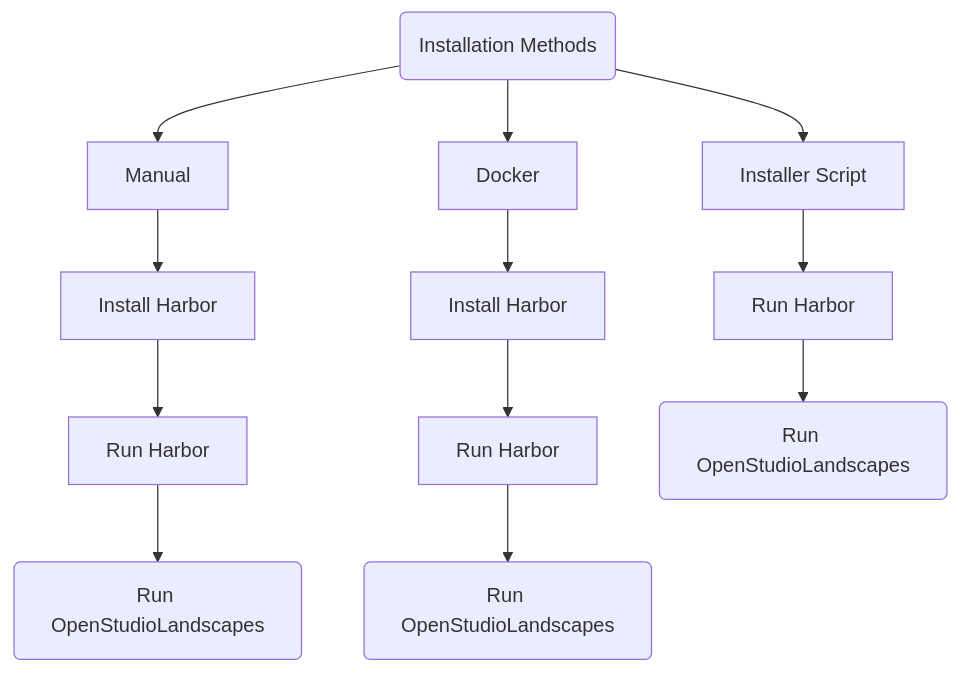
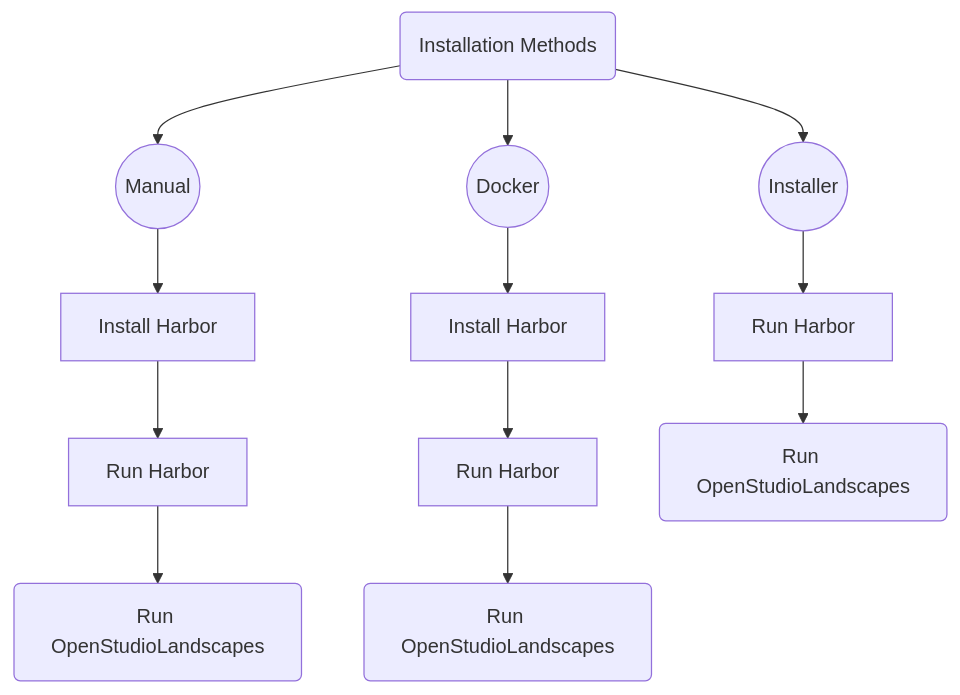
Before and after one commit to michimussato/OpenStudioLandscapes: the diagram in wiki/installation/installation_methods.md, drawn with Mermaid.

Commit message:
refactor

````diff
--- a/wiki/installation/installation_methods.md
+++ b/wiki/installation/installation_methods.md
@@ -11,42 +11,42 @@
 ```mermaid
 graph TB
     installation_methods(Installation Methods)
-    manual[Manual]
+    manual((Manual))
     click manual href "https://github.com/michimussato/OpenStudioLandscapes/blob/main/wiki/installation/basic_installation.md#basic-installation"
-    docker[Docker]
+    docker((Docker))
     %% click docker href ""
-    installer_script[Installer Script]
+    installer_script((Installer))
     click installer_script href "https://github.com/michimussato/OpenStudioLandscapes/blob/main/wiki/installation/basic_installation_from_script.md"
     installation_methods --> manual
     installation_methods --> docker
     installation_methods --> installer_script
     
     install_harbor_manual[Install Harbor]
     click install_harbor_manual href "https://github.com/michimussato/OpenStudioLandscapes/blob/main/wiki/installation/basic_installation.md#harbor"
     install_harbor_docker[Install Harbor]
     click install_harbor_docker href "https://github.com/michimussato/OpenStudioLandscapes/blob/main/wiki/installation/basic_installation.md#harbor"
     %% install_harbor_script[Install Harbor]
     %% click install_harbor_script href "https://github.com/michimussato/OpenStudioLandscapes/blob/main/wiki/installation/basic_installation.md#harbor"
     
     run_harbor_manual[Run Harbor]
     click run_harbor_docker href "https://github.com/michimussato/OpenStudioLandscapes/blob/main/wiki/run/run_harbor.md#up"
     run_harbor_docker[Run Harbor]
     click run_harbor_docker href "https://github.com/michimussato/OpenStudioLandscapes/blob/main/wiki/run/run_harbor.md#up"
     run_harbor_script[Run Harbor]
     click run_harbor_docker href "https://github.com/michimussato/OpenStudioLandscapes/blob/main/wiki/run/run_harbor.md#up"
     
     run_manual(Run OpenStudioLandscapes)
     %% click run_docker href ""
     run_docker(Run OpenStudioLandscapes)
     click run_docker href "https://github.com/michimussato/OpenStudioLandscapes/blob/main/wiki/run_openstudiolandscapes/from_docker_image.md"
     run_installer(Run OpenStudioLandscapes)
     %% click run_docker href ""
     
     manual --> install_harbor_manual 
     install_harbor_manual --> run_harbor_manual --> run_manual
     
     docker --> install_harbor_docker
     install_harbor_docker --> run_harbor_docker --> run_docker
     
     installer_script --> run_harbor_script --> run_installer
 ```
````
